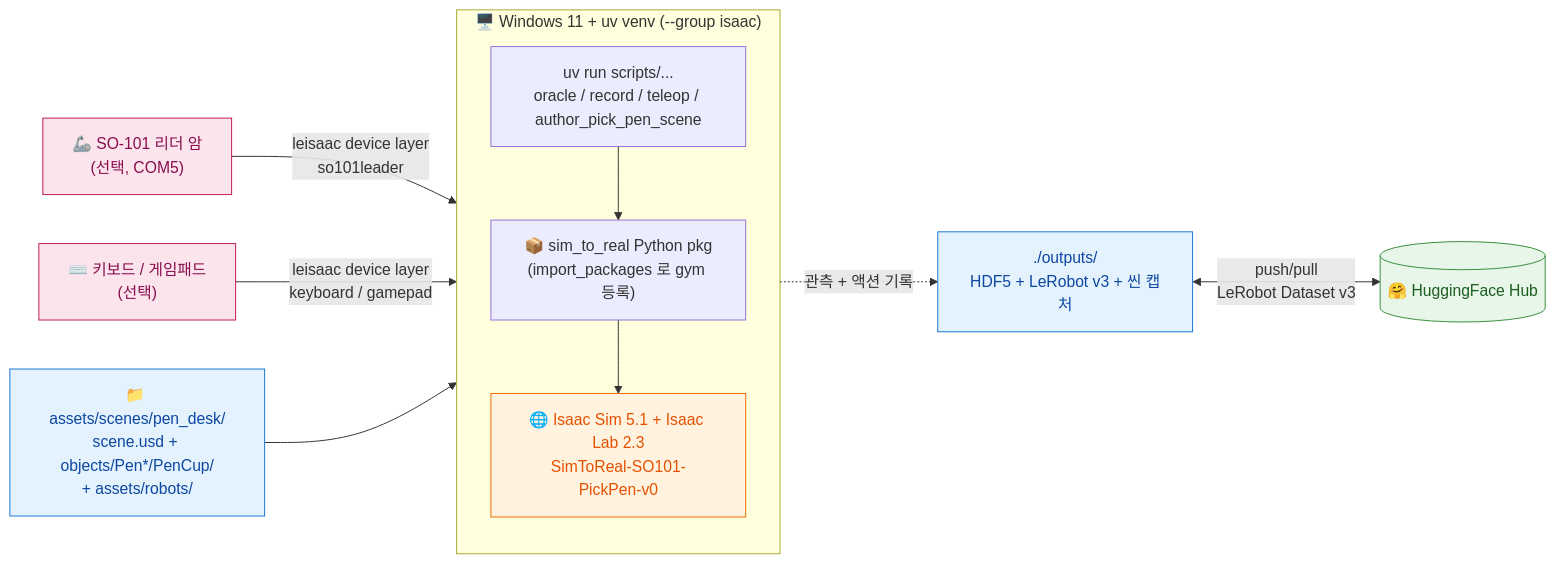
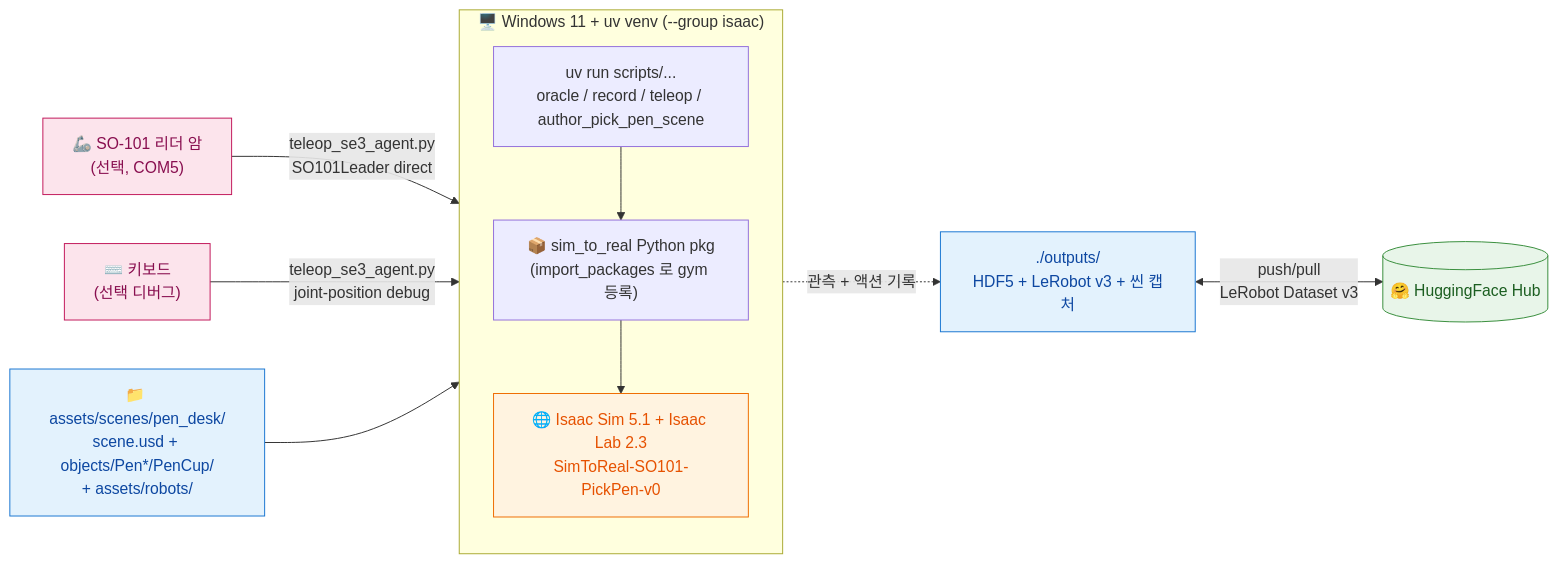
Before and after one commit to PubCyBerry/SO101-Sim2Real: the diagram in docs/PATH_C_ISAAC_SIM.md, drawn with Mermaid. The commit also changed other lines of this file and 27 other files, not shown here.

````diff
--- a/docs/PATH_C_ISAAC_SIM.md
+++ b/docs/PATH_C_ISAAC_SIM.md
@@ -21,29 +21,29 @@
 ```mermaid
 flowchart LR
     classDef hw fill:#fce4ec,stroke:#c2185b,color:#880e4f
     classDef host fill:#e3f2fd,stroke:#1976d2,color:#0d47a1
     classDef sim fill:#fff3e0,stroke:#ef6c00,color:#e65100
     classDef cloud fill:#e8f5e9,stroke:#388e3c,color:#1b5e20
 
     LEAD["🦾 SO-101 리더 암<br/>(선택, COM5)"]:::hw
-    KB["⌨️ 키보드 / 게임패드<br/>(선택)"]:::hw
+    KB["⌨️ 키보드<br/>(선택 디버그)"]:::hw
 
     subgraph WIN["🖥️ Windows 11 + uv venv (--group isaac)"]
         direction TB
         SIM["🌐 Isaac Sim 5.1 + Isaac Lab 2.3<br/>SimToReal-SO101-PickPen-v0"]:::sim
         SCR["uv run scripts/...<br/>oracle / record / teleop / author_pick_pen_scene"]
         PKG["📦 sim_to_real Python pkg<br/>(import_packages 로 gym 등록)"]
     end
 
     USD["📁 assets/scenes/pen_desk/<br/>scene.usd + objects/Pen*/PenCup/<br/>+ assets/robots/"]:::host
     OUT["./outputs/<br/>HDF5 + LeRobot v3 + 씬 캡처"]:::host
     HF[("🤗 HuggingFace Hub")]:::cloud
 
-    LEAD -->|leisaac device layer<br/>so101leader| SCR
-    KB -->|leisaac device layer<br/>keyboard / gamepad| SCR
+    LEAD -->|teleop_se3_agent.py<br/>SO101Leader direct| SCR
+    KB -->|teleop_se3_agent.py<br/>joint-position debug| SCR
     SCR --> PKG
     PKG --> SIM
     USD --> SIM
     SIM -.->|관측 + 액션 기록| OUT
     OUT <-->|push/pull<br/>LeRobot Dataset v3| HF
 ```
````
